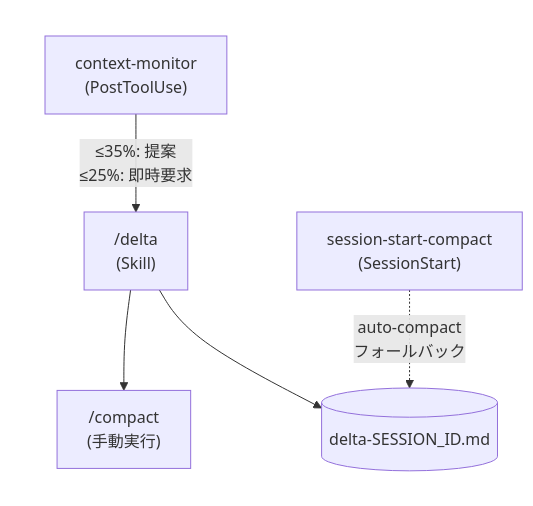
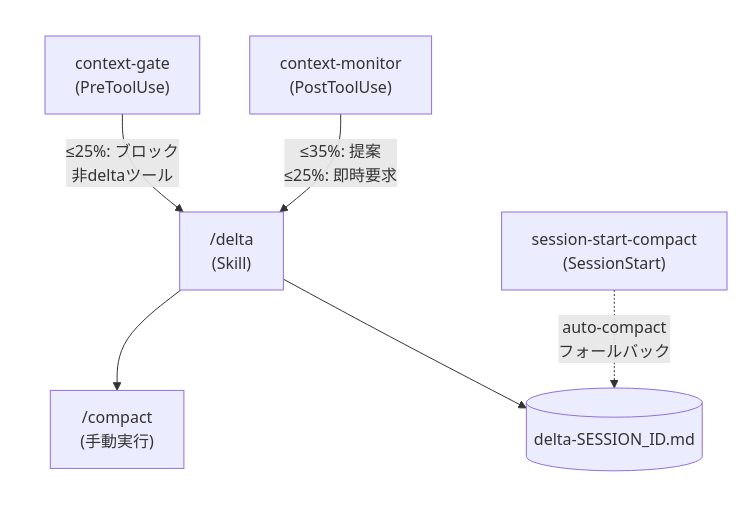
Before and after one commit to thkt/delta: the diagram in README.ja.md, drawn with Mermaid. The commit also changed other lines of this file and 8 other files, not shown here.

First line of the commit message:
feat(context-gate): add PreToolUse blocking gate for critical context level

````diff
--- a/README.ja.md
+++ b/README.ja.md
@@ -28,12 +28,13 @@
 ```mermaid
 flowchart TD
     subgraph main [" "]
-        A["context-monitor<br>(PostToolUse)"] -->|"≤35%: 提案<br>≤25%: 即時要求"| B["/delta<br>(Skill)"]
+        G["context-gate<br>(PreToolUse)"] -->|"≤25%: ブロック<br>非deltaツール"| B["/delta<br>(Skill)"]
+        A["context-monitor<br>(PostToolUse)"] -->|"≤35%: 提案<br>≤25%: 即時要求"| B
         B --> C["/compact<br>(手動実行)"]
     end
 
     B --> D[("delta-SESSION_ID.md")]
     E["session-start-compact<br>(SessionStart)"] -.->|"auto-compact<br>フォールバック"| D
 
     style main fill:none,stroke:none
 ```
````
